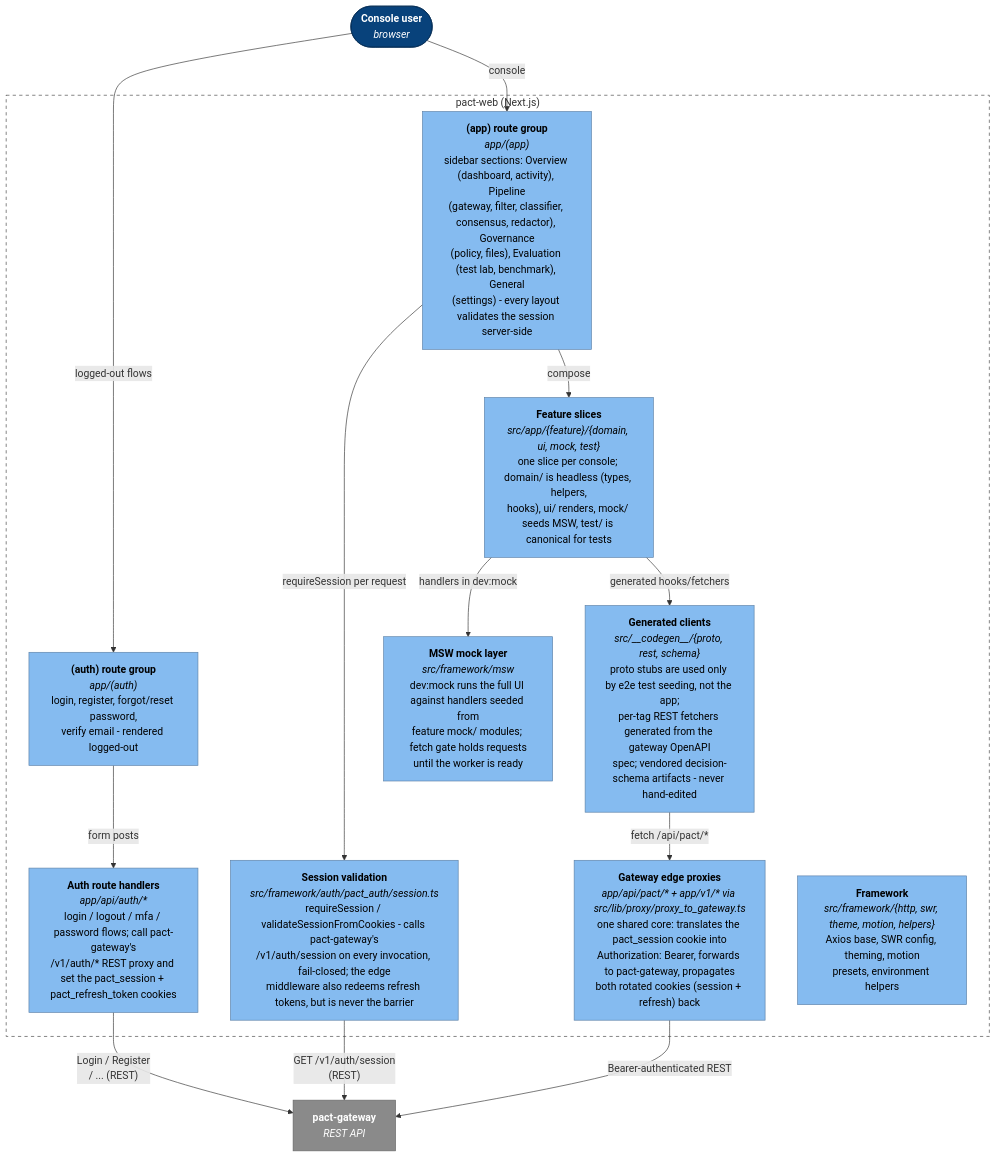
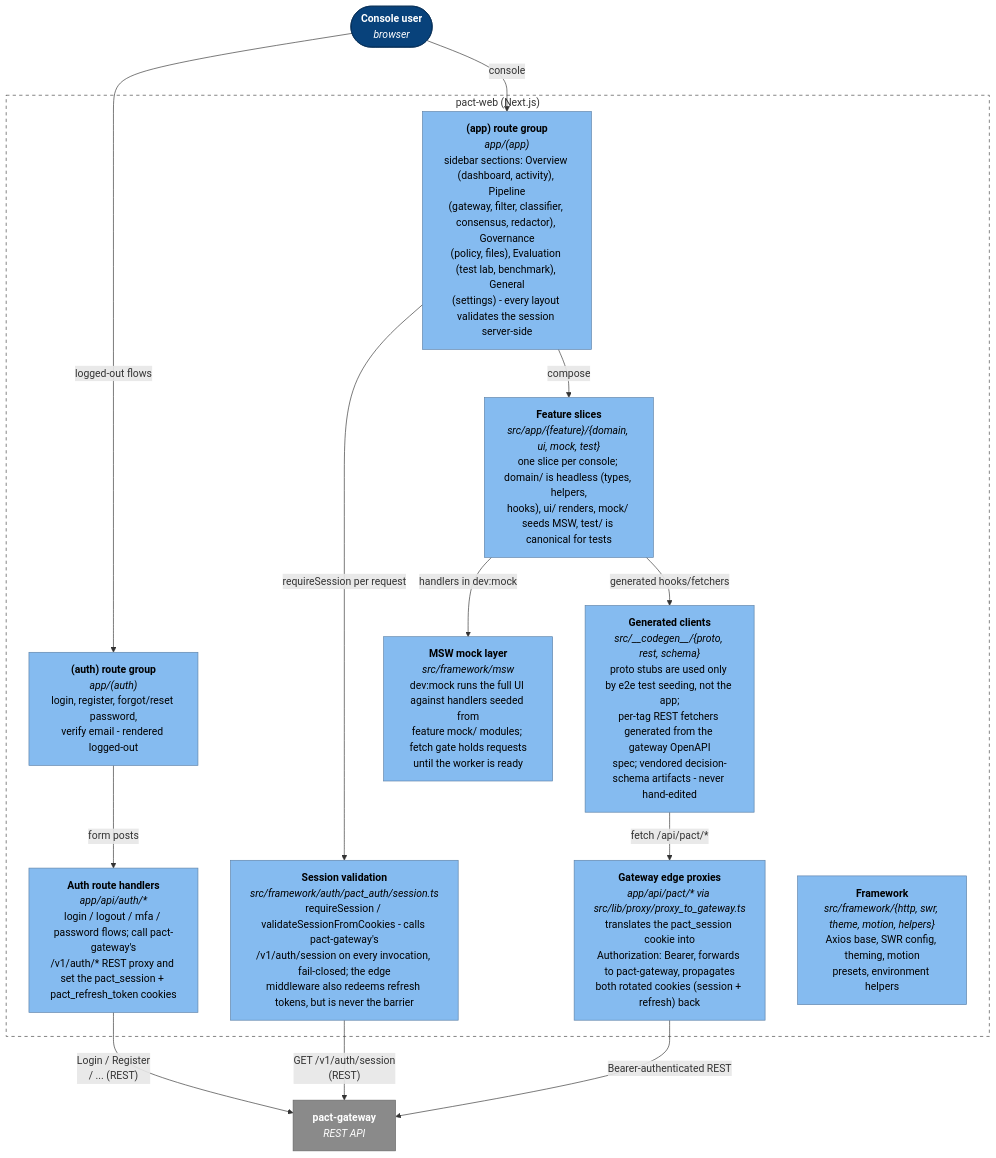
The first of 12 diagrams in docs/architecture.md (PACT-Toolkit/pact-web), drawn with Mermaid before and after one commit. The commit also changed other lines of this file and 6 other files, not shown here.

Commit message:
🔥 remove the unused app/v1 gateway mirror routes (#230)

````diff
--- a/docs/architecture.md
+++ b/docs/architecture.md
@@ -8,35 +8,35 @@
 ```mermaid
 flowchart TB
     user(["<b>Console user</b><br/><i>browser</i>"]):::person
 
     subgraph web["pact-web (Next.js)"]
         authroutes["<b>(auth) route group</b><br/><i>app/(auth)</i><br/>login, register, forgot/reset password,<br/>verify email - rendered logged-out"]:::comp
         approutes["<b>(app) route group</b><br/><i>app/(app)</i><br/>sidebar sections: Overview (dashboard, activity), Pipeline<br/>(gateway, filter, classifier, consensus, redactor), Governance<br/>(policy, files), Evaluation (test lab, benchmark), General<br/>(settings) - every layout validates the session server-side"]:::comp
         authapi["<b>Auth route handlers</b><br/><i>app/api/auth/*</i><br/>login / logout / mfa / password flows; call pact-gateway's<br/>/v1/auth/* REST proxy and set the pact_session + pact_refresh_token cookies"]:::comp
-        proxy["<b>Gateway edge proxies</b><br/><i>app/api/pact/* + app/v1/* via src/lib/proxy/proxy_to_gateway.ts</i><br/>one shared core: translates the pact_session cookie into<br/>Authorization: Bearer, forwards to pact-gateway, propagates<br/>both rotated cookies (session + refresh) back"]:::comp
+        proxy["<b>Gateway edge proxies</b><br/><i>app/api/pact/* via src/lib/proxy/proxy_to_gateway.ts</i><br/>translates the pact_session cookie into<br/>Authorization: Bearer, forwards to pact-gateway, propagates<br/>both rotated cookies (session + refresh) back"]:::comp
         session["<b>Session validation</b><br/><i>src/framework/auth/pact_auth/session.ts</i><br/>requireSession / validateSessionFromCookies - calls pact-gateway's<br/>/v1/auth/session on every invocation, fail-closed; the edge<br/>middleware also redeems refresh tokens, but is never the barrier"]:::comp
         features["<b>Feature slices</b><br/><i>src/app/{feature}/{domain, ui, mock, test}</i><br/>one slice per console; domain/ is headless (types, helpers,<br/>hooks), ui/ renders, mock/ seeds MSW, test/ is canonical for tests"]:::comp
         codegen["<b>Generated clients</b><br/><i>src/__codegen__/{proto, rest, schema}</i><br/>proto stubs are used only by e2e test seeding, not the app;<br/>per-tag REST fetchers generated from the gateway OpenAPI<br/>spec; vendored decision-schema artifacts - never hand-edited"]:::comp
         msw["<b>MSW mock layer</b><br/><i>src/framework/msw</i><br/>dev:mock runs the full UI against handlers seeded from<br/>feature mock/ modules; fetch gate holds requests<br/>until the worker is ready"]:::comp
         fw["<b>Framework</b><br/><i>src/framework/{http, swr, theme, motion, helpers}</i><br/>Axios base, SWR config, theming, motion<br/>presets, environment helpers"]:::comp
     end
 
     gw["<b>pact-gateway</b><br/><i>REST API</i>"]:::ext
 
     user -->|logged-out flows| authroutes
     user -->|console| approutes
     authroutes -->|form posts| authapi
     authapi -->|"Login / Register<br/>/ ... (REST)"| gw
     approutes -->|requireSession per request| session
     session -->|"GET /v1/auth/session<br/>(REST)"| gw
     approutes -->|compose| features
     features -->|generated hooks/fetchers| codegen
     codegen -->|fetch /api/pact/*| proxy
     proxy -->|Bearer-authenticated REST| gw
     features -->|handlers in dev:mock| msw
 
     classDef person fill:#08427b,stroke:#052e56,color:#ffffff
     classDef comp fill:#85bbf0,stroke:#5d82a8,color:#000000
     classDef ext fill:#8a8a8a,stroke:#666666,color:#ffffff
     style web fill:none,stroke:#444444,stroke-dasharray:5 5
 ```
````
